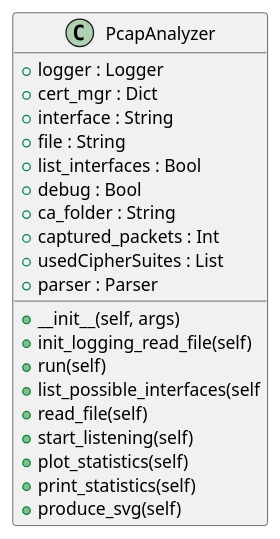
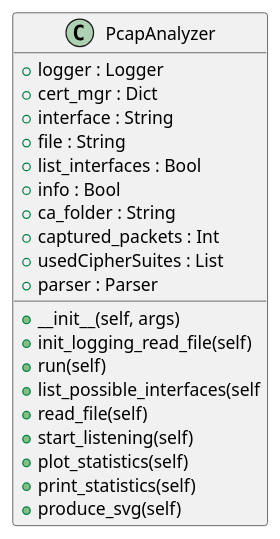
The fifth of 5 diagrams in UML/Classes.puml (SebBil/PcapAnalyse), drawn with PlantUML before and after one commit. The commit also changed 5 other files, not shown here.

```diff
--- a/UML/Classes.puml
+++ b/UML/Classes.puml
@@ -69,24 +69,24 @@
 @startuml
 class PcapAnalyzer {
     + logger : Logger
     + cert_mgr : Dict
     + interface : String
     + file : String
     + list_interfaces : Bool
-    + debug : Bool
+    + info : Bool
     + ca_folder : String
     + captured_packets : Int
     + usedCipherSuites : List
     + parser : Parser
 
     + __init__(self, args)
     + init_logging_read_file(self)
     + run(self)
     + list_possible_interfaces(self
     + read_file(self)
     + start_listening(self)
     + plot_statistics(self)
     + print_statistics(self)
     + produce_svg(self)
 }
 @enduml
```
